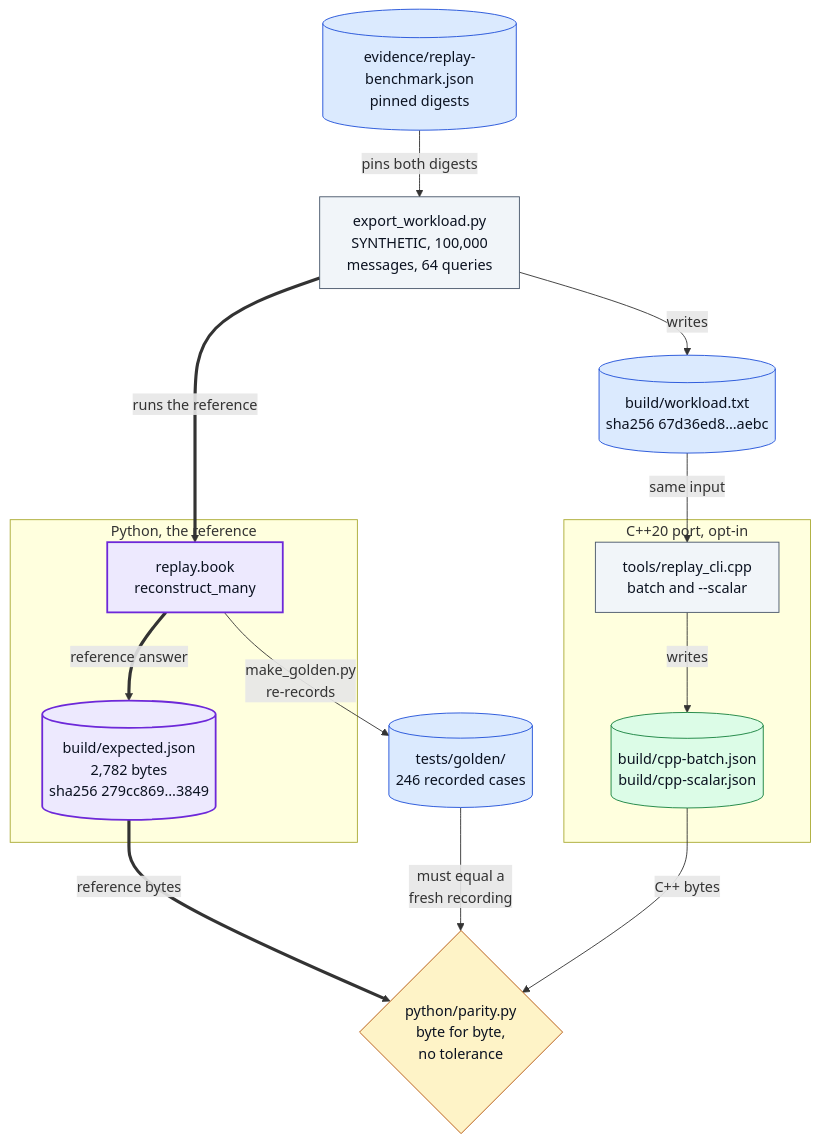
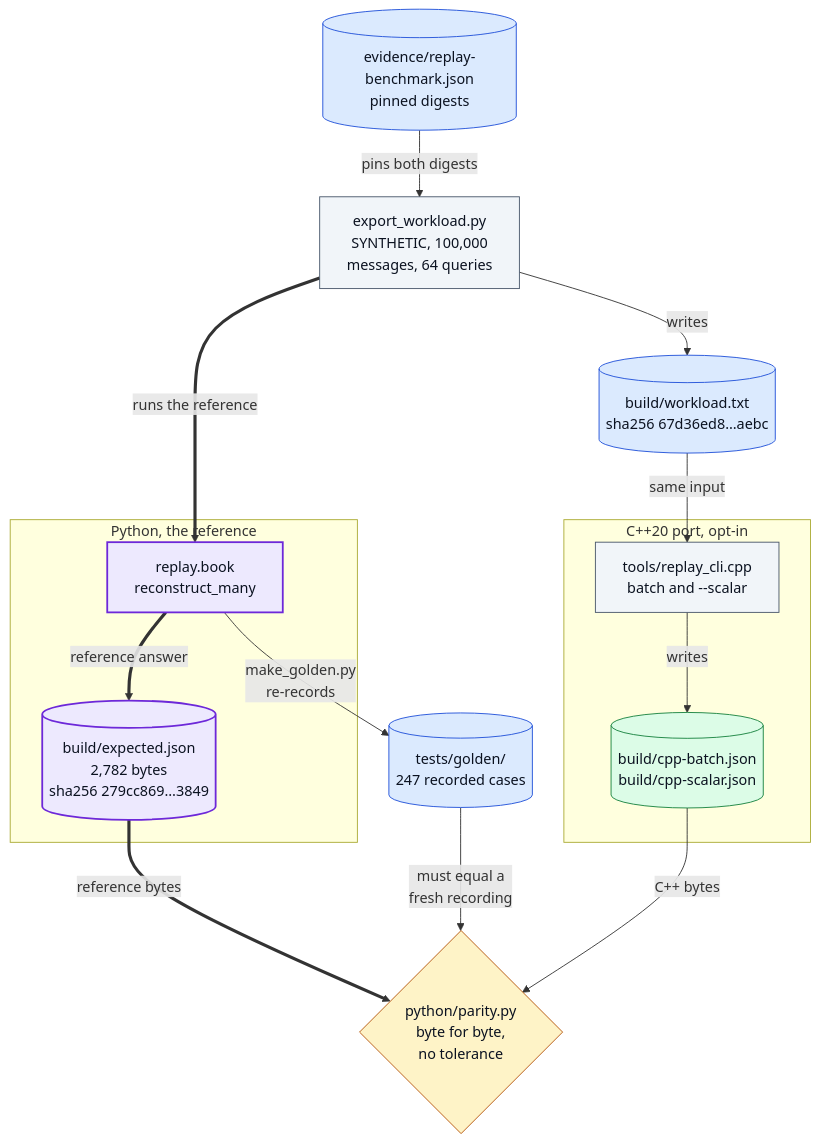
One commit to oscar-chw/agentic-quant-research changed the sixth of 9 diagrams in docs/diagrams.md. Above: the diagram before and after it, drawn with Mermaid. The commit also changed 9 other files, not shown here.

````diff
--- a/docs/diagrams.md
+++ b/docs/diagrams.md
@@ -258,39 +258,39 @@
 ```mermaid
 flowchart TB
     EVID[("evidence/replay-benchmark.json<br/>pinned digests")]
     GEN["export_workload.py<br/>SYNTHETIC, 100,000<br/>messages, 64 queries"]
     WL[("build/workload.txt<br/>sha256 67d36ed8…aebc")]
     subgraph PY["Python, the reference"]
         PYB["replay.book<br/>reconstruct_many"]
         EXP[("build/expected.json<br/>2,782 bytes<br/>sha256 279cc869…3849")]
     end
     subgraph CPP["C++20 port, opt-in"]
         CLI["tools/replay_cli.cpp<br/>batch and --scalar"]
         OUTC[("build/cpp-batch.json<br/>build/cpp-scalar.json")]
     end
-    GOLD[("tests/golden/<br/>246 recorded cases")]
+    GOLD[("tests/golden/<br/>247 recorded cases")]
     PAR{"python/parity.py<br/>byte for byte,<br/>no tolerance"}
 
     EVID -->|"pins both digests"| GEN
     GEN ==>|"runs the reference"| PYB
     GEN -->|"writes"| WL
     PYB ==>|"reference answer"| EXP
     WL -->|"same input"| CLI
     CLI -->|"writes"| OUTC
     PYB -->|"make_golden.py<br/>re-records"| GOLD
     EXP ==>|"reference bytes"| PAR
     OUTC -->|"C++ bytes"| PAR
     GOLD -->|"must equal a<br/>fresh recording"| PAR
 
     classDef data fill:#dbeafe,stroke:#1d4ed8,color:#0b1220
     classDef step fill:#f1f5f9,stroke:#475569,color:#0b1220
     classDef gate fill:#fef3c7,stroke:#b45309,color:#0b1220
     classDef out  fill:#dcfce7,stroke:#15803d,color:#0b1220
     classDef ext  fill:#f8fafc,stroke:#94a3b8,color:#0b1220,stroke-dasharray:4 3
     classDef key  fill:#ede9fe,stroke:#6d28d9,color:#0b1220,stroke-width:2px
     class EVID,WL,GOLD data
     class GEN,CLI step
     class PAR gate
     class OUTC out
     class PYB,EXP key
 ```
````
